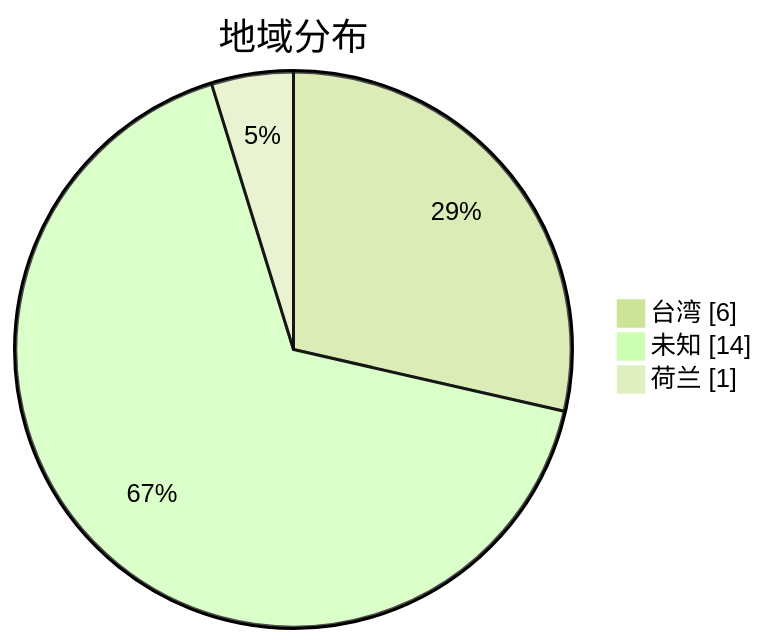
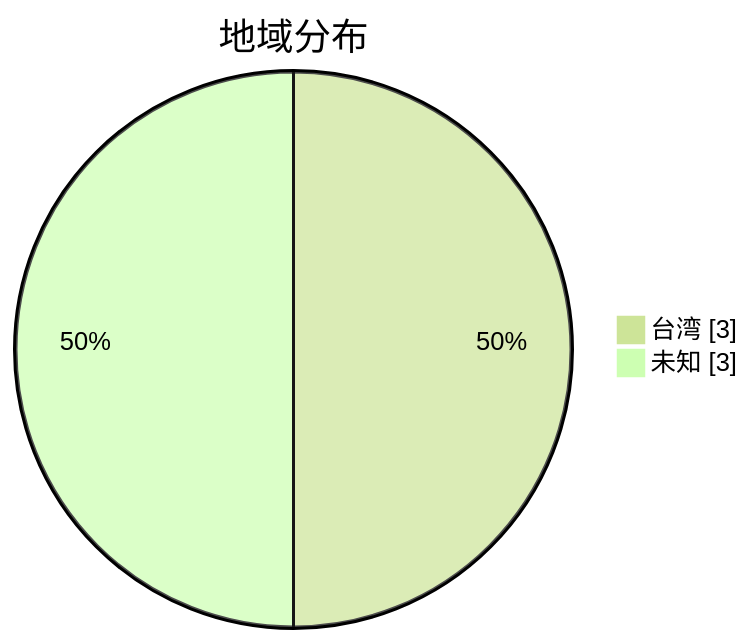
The second of 3 diagrams in subs/statistics/tested_within.md (sinspired/airport), drawn with Mermaid (forest theme) before and after one commit. The commit also changed other lines of this file and 2 other files, not shown here.

````diff
--- a/subs/statistics/tested_within.md
+++ b/subs/statistics/tested_within.md
@@ -9,7 +8,6 @@
 ```mermaid
 pie showData
 title 地域分布
-"台湾" : 6
-"未知" : 14
-"荷兰" : 1
+"台湾" : 3
+"未知" : 3
 ```
````
